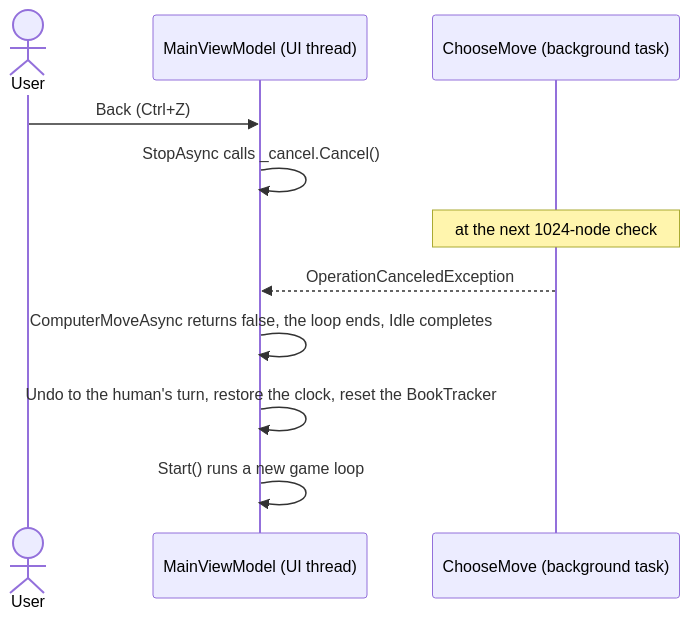
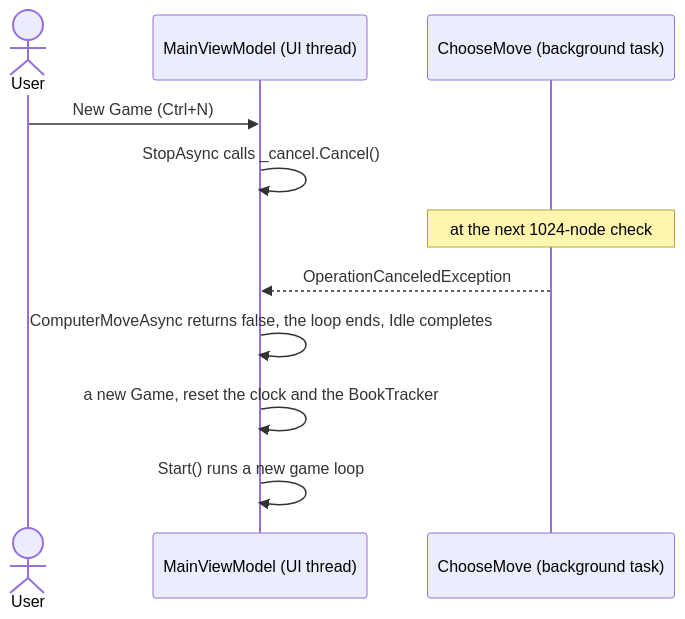
One commit to cjp-dev/Stello changed the second of 5 diagrams in docs/brain/14-app-integration.md. Above: the diagram before and after it, drawn with Mermaid. The commit also changed other lines of this file and 12 other files, not shown here.

````diff
--- a/docs/brain/14-app-integration.md
+++ b/docs/brain/14-app-integration.md
@@ -118,13 +131,13 @@
 ```mermaid
 sequenceDiagram
     actor User
     participant VM as MainViewModel (UI thread)
     participant Task as ChooseMove (background task)
-    User->>VM: Back (Ctrl+Z)
+    User->>VM: New Game (Ctrl+N)
     VM->>VM: StopAsync calls _cancel.Cancel()
     Note over Task: at the next 1024-node check
     Task-->>VM: OperationCanceledException
     VM->>VM: ComputerMoveAsync returns false, the loop ends, Idle completes
-    VM->>VM: Undo to the human's turn, restore the clock, reset the BookTracker
+    VM->>VM: a new Game, reset the clock and the BookTracker
     VM->>VM: Start() runs a new game loop
 ```
````
